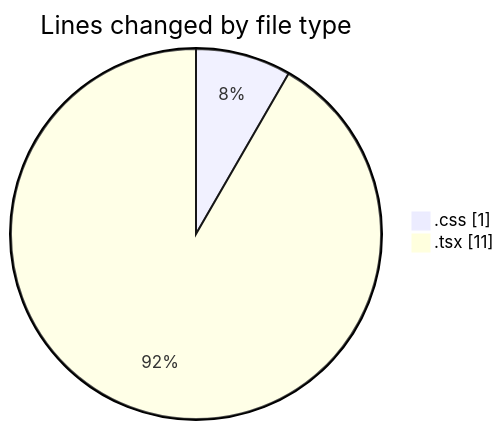
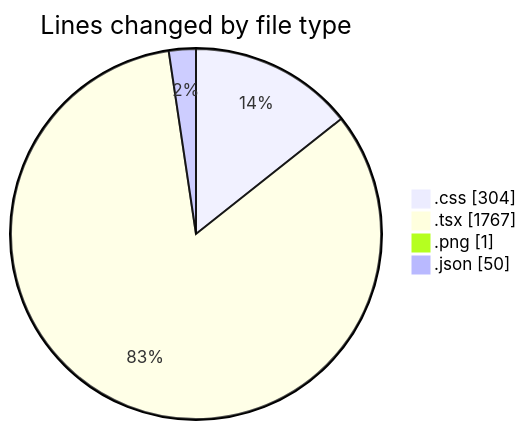
Before and after one commit to IJAZ3593/code-tracking: the first of 2 diagrams in 2025-09-03/deep/README.md, drawn with Mermaid. The commit also changed other lines of this file and 1 other file, not shown here.

````diff
--- a/2025-09-03/deep/README.md
+++ b/2025-09-03/deep/README.md
@@ -31,6 +34,8 @@
 ```mermaid
 pie showData
 title Lines changed by file type
-".css" : 1
-".tsx" : 11
+".css" : 304
+".tsx" : 1767
+".png" : 1
+".json" : 50
 ```
````
